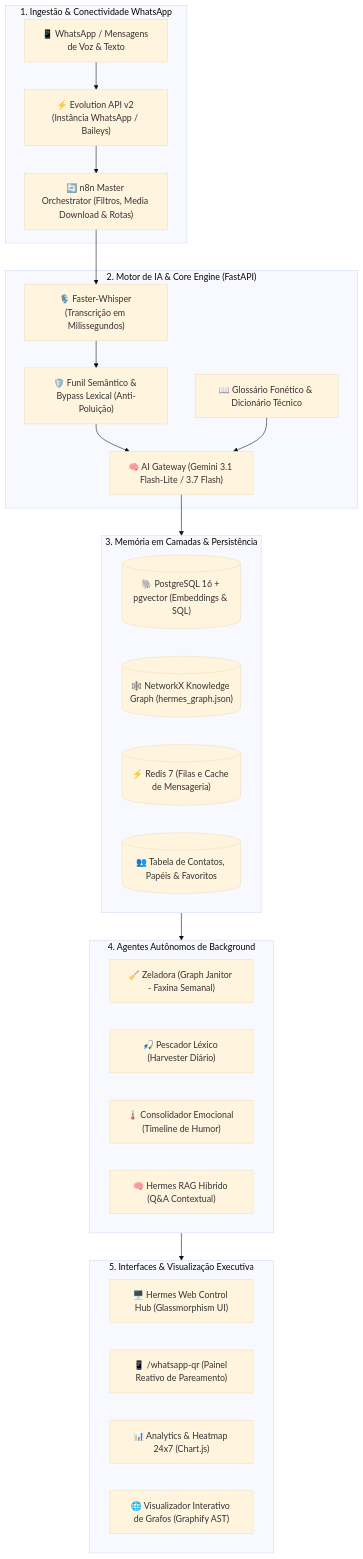
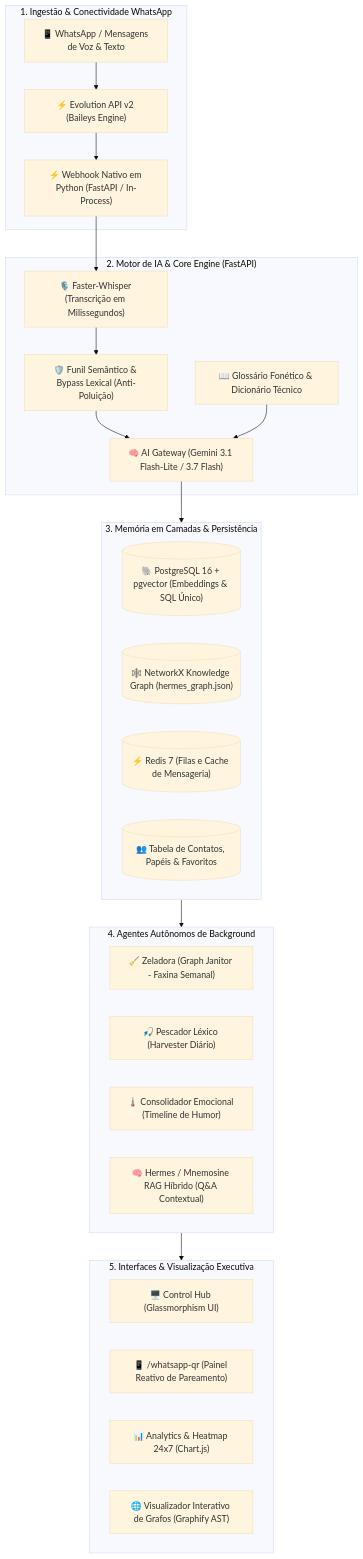
One commit to brunocorisco86/whisperzap changed the diagram in README.md. Above: the diagram before and after it, drawn with Mermaid (base theme). The commit also changed other lines of this file, not shown here.

Commit message:
docs(readme): purge all n8n references and document unified in-process monolith architecture

````diff
--- a/README.md
+++ b/README.md
@@ -79,46 +79,46 @@
 ```mermaid
 flowchart TD
     subgraph IngestionLayer["1. Ingestão & Conectividade WhatsApp"]
         WA["📱 WhatsApp / Mensagens de Voz & Texto"]
-        EVO["⚡ Evolution API v2 (Instância WhatsApp / Baileys)"]
-        N8N["🔄 n8n Master Orchestrator (Filtros, Media Download & Rotas)"]
+        EVO["⚡ Evolution API v2 (Baileys Engine)"]
+        WEBHOOK["⚡ Webhook Nativo em Python (FastAPI / In-Process)"]
     end
 
     subgraph APILayer["2. Motor de IA & Core Engine (FastAPI)"]
         WHISPER["🎙️ Faster-Whisper (Transcrição em Milissegundos)"]
         BYPASS["🛡️ Funil Semântico & Bypass Lexical (Anti-Poluição)"]
         AIGATEWAY["🧠 AI Gateway (Gemini 3.1 Flash-Lite / 3.7 Flash)"]
         LEXICAL["📖 Glossário Fonético & Dicionário Técnico"]
     end
 
     subgraph StorageLayer["3. Memória em Camadas & Persistência"]
-        PG[("🐘 PostgreSQL 16 + pgvector (Embeddings & SQL)")]
+        PG[("🐘 PostgreSQL 16 + pgvector (Embeddings & SQL Único)")]
         NX[("🕸️ NetworkX Knowledge Graph (hermes_graph.json)")]
         REDIS[("⚡ Redis 7 (Filas e Cache de Mensageria)")]
         CONTACTS[("👥 Tabela de Contatos, Papéis & Favoritos")]
     end
 
     subgraph AutonomousLayer["4. Agentes Autônomos de Background"]
         JANITOR["🧹 Zeladora (Graph Janitor - Faxina Semanal)"]
         HARVESTER["🎣 Pescador Léxico (Harvester Diário)"]
         SENTIMENT["🌡️ Consolidador Emocional (Timeline de Humor)"]
-        HERMES_RAG["🧠 Hermes RAG Híbrido (Q&A Contextual)"]
+        HERMES_RAG["🧠 Hermes / Mnemosine RAG Híbrido (Q&A Contextual)"]
     end
 
     subgraph Interfaces["5. Interfaces & Visualização Executiva"]
-        HUB["🖥️ Hermes Web Control Hub (Glassmorphism UI)"]
+        HUB["🖥️ Control Hub (Glassmorphism UI)"]
         QR_PAGE["📱 /whatsapp-qr (Painel Reativo de Pareamento)"]
         DASH["📊 Analytics & Heatmap 24x7 (Chart.js)"]
         GRAPH_VIZ["🌐 Visualizador Interativo de Grafos (Graphify AST)"]
     end
 
     WA --> EVO
-    EVO --> N8N
-    N8N --> WHISPER
+    EVO --> WEBHOOK
+    WEBHOOK --> WHISPER
     WHISPER --> BYPASS
     BYPASS --> AIGATEWAY
     LEXICAL --> AIGATEWAY
     AIGATEWAY --> StorageLayer
     StorageLayer --> AutonomousLayer
     AutonomousLayer --> Interfaces
 ```
````
